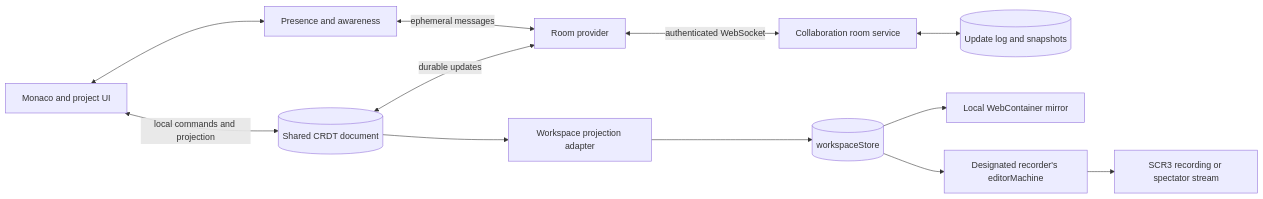
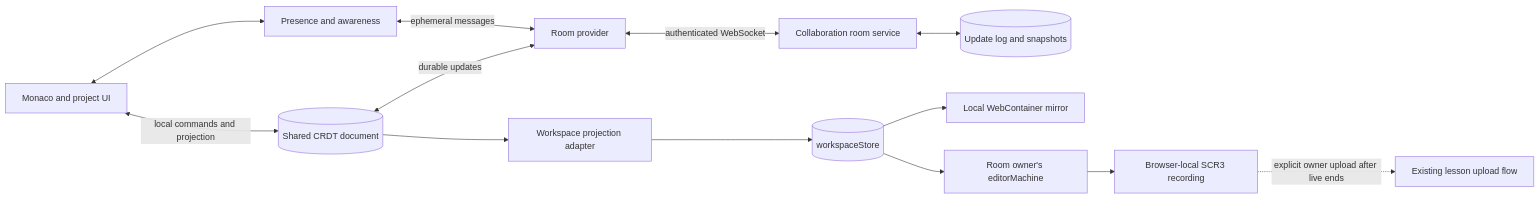
One commit to channyeintun/next-editor changed the first of 2 diagrams in docs/live-collaboration.md. Above: the diagram before and after it, drawn with Mermaid. The commit also changed other lines of this file and 2 other files, not shown here.

Commit message:
docs: clarify browser-owned collaboration recordings

````diff
--- a/docs/live-collaboration.md
+++ b/docs/live-collaboration.md
@@ -75,16 +77,17 @@
 ```mermaid
 flowchart LR
     UI[Monaco and project UI] <-->|local commands and projection| Doc[(Shared CRDT document)]
     Doc <-->|durable updates| Provider[Room provider]
     Provider <-->|authenticated WebSocket| Room[Collaboration room service]
     Room <--> Persist[(Update log and snapshots)]
 
     Awareness[Presence and awareness] <-->|ephemeral messages| Provider
     UI <--> Awareness
 
     Doc --> Adapter[Workspace projection adapter]
     Adapter --> Store[(workspaceStore)]
     Store --> Container[Local WebContainer mirror]
-    Store --> Recorder[Designated recorder's editorMachine]
-    Recorder --> SCR3[SCR3 recording or spectator stream]
+    Store --> Recorder[Room owner's editorMachine]
+    Recorder --> SCR3[Browser-local SCR3 recording]
+    SCR3 -.->|explicit owner upload after live ends| Learn[Existing lesson upload flow]
 ```
````
